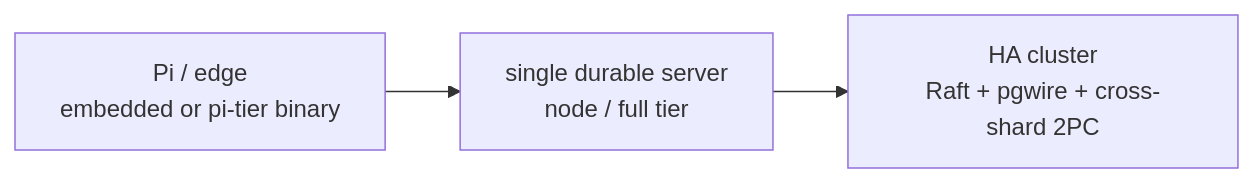
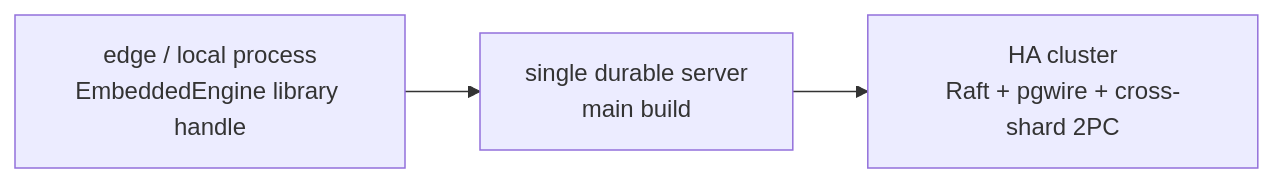
One commit to Knuckles-Team/epistemic-graph changed the first of 2 diagrams in docs/index.md. Above: the diagram before and after it, drawn with Mermaid. The commit also changed other lines of this file and 857 other files, not shown here.

First line of the commit message:
feat(eg): assimilate advanced epistemic-graph 2.23.1

````diff
--- a/docs/index.md
+++ b/docs/index.md
@@ -19,7 +19,7 @@
 ```mermaid
 flowchart LR
-    EDGE["Pi / edge<br/>embedded or pi-tier binary"]
-    NODE["single durable server<br/>node / full tier"]
+    EDGE["edge / local process<br/>EmbeddedEngine library handle"]
+    NODE["single durable server<br/>main build"]
     CLUSTER["HA cluster<br/>Raft + pgwire + cross-shard 2PC"]
     EDGE --> NODE --> CLUSTER
 ```
````
